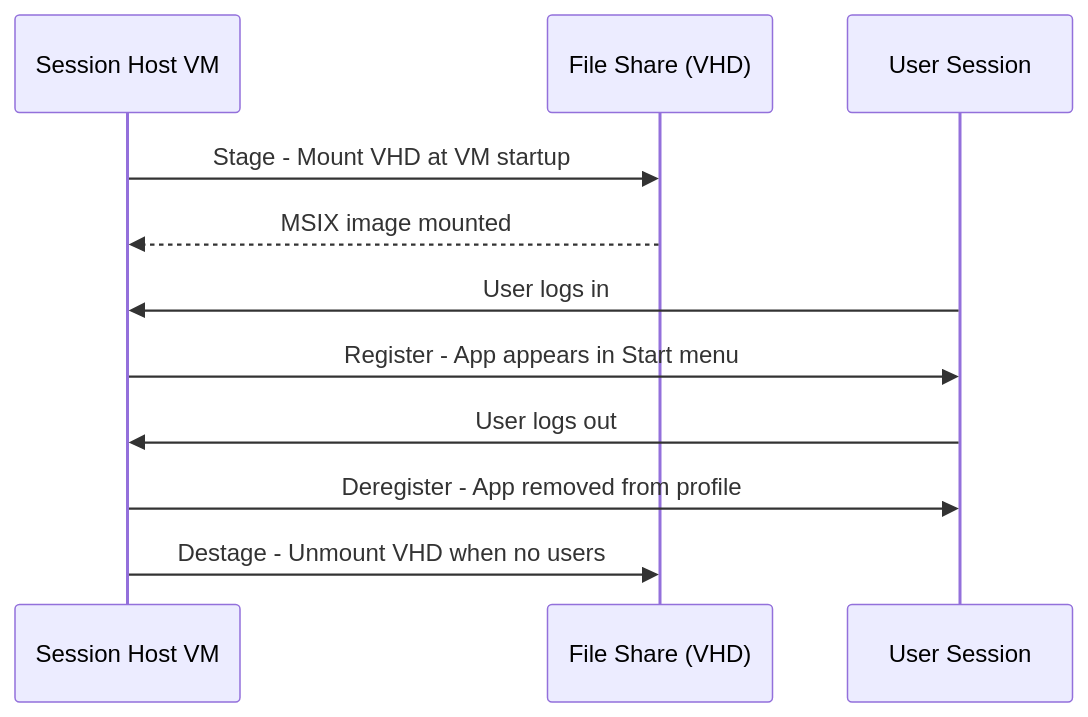
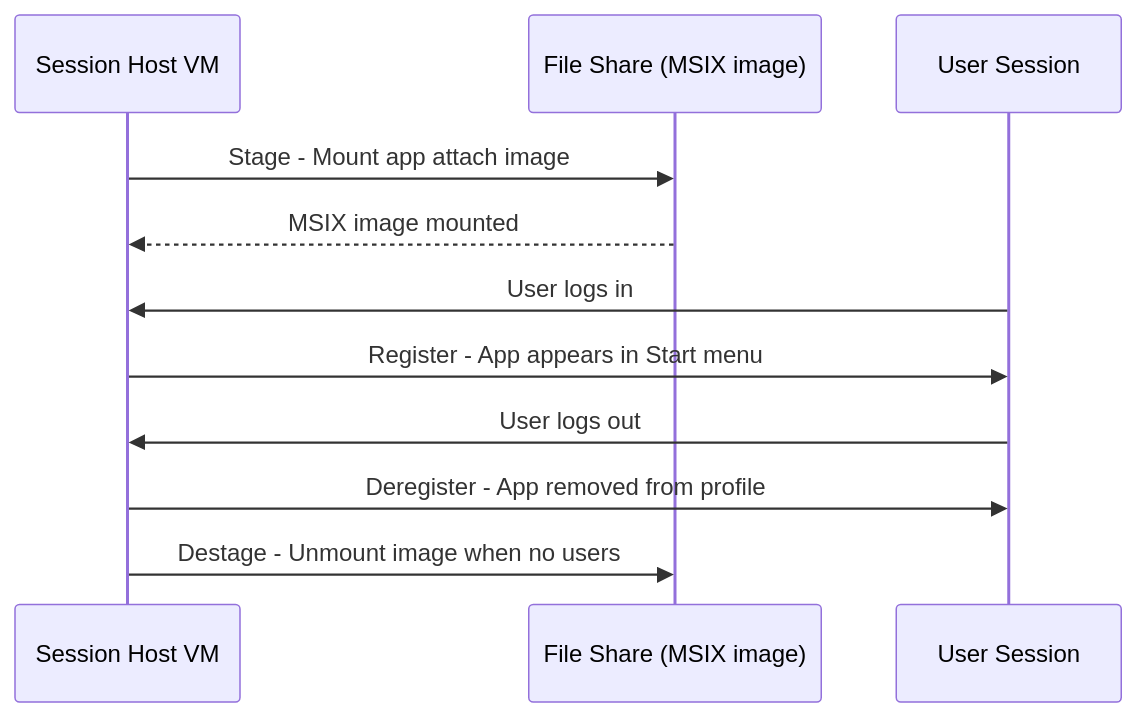
Before and after one commit to OneUptime/blog: the diagram in posts/2026-02-16-how-to-attach-msix-app-packages-to-azure-virtual-desktop-session-hosts/README.md, drawn with Mermaid. The commit also changed other lines of this file and 2 other files, not shown here.

Commit message:
validate: 2026-02-16-how-to-attach-msix-app-packages-to-azure-virtual-desktop-session-hosts

````diff
--- a/posts/2026-02-16-how-to-attach-msix-app-packages-to-azure-virtual-desktop-session-hosts/README.md
+++ b/posts/2026-02-16-how-to-attach-msix-app-packages-to-azure-virtual-desktop-session-hosts/README.md
@@ -24,14 +24,14 @@
 ```mermaid
 sequenceDiagram
     participant VM as Session Host VM
-    participant Share as File Share (VHD)
+    participant Share as File Share (MSIX image)
     participant User as User Session
 
-    VM->>Share: Stage - Mount VHD at VM startup
+    VM->>Share: Stage - Mount app attach image
     Share-->>VM: MSIX image mounted
     User->>VM: User logs in
     VM->>User: Register - App appears in Start menu
     User->>VM: User logs out
     VM->>User: Deregister - App removed from profile
-    VM->>Share: Destage - Unmount VHD when no users
+    VM->>Share: Destage - Unmount image when no users
 ```
````
